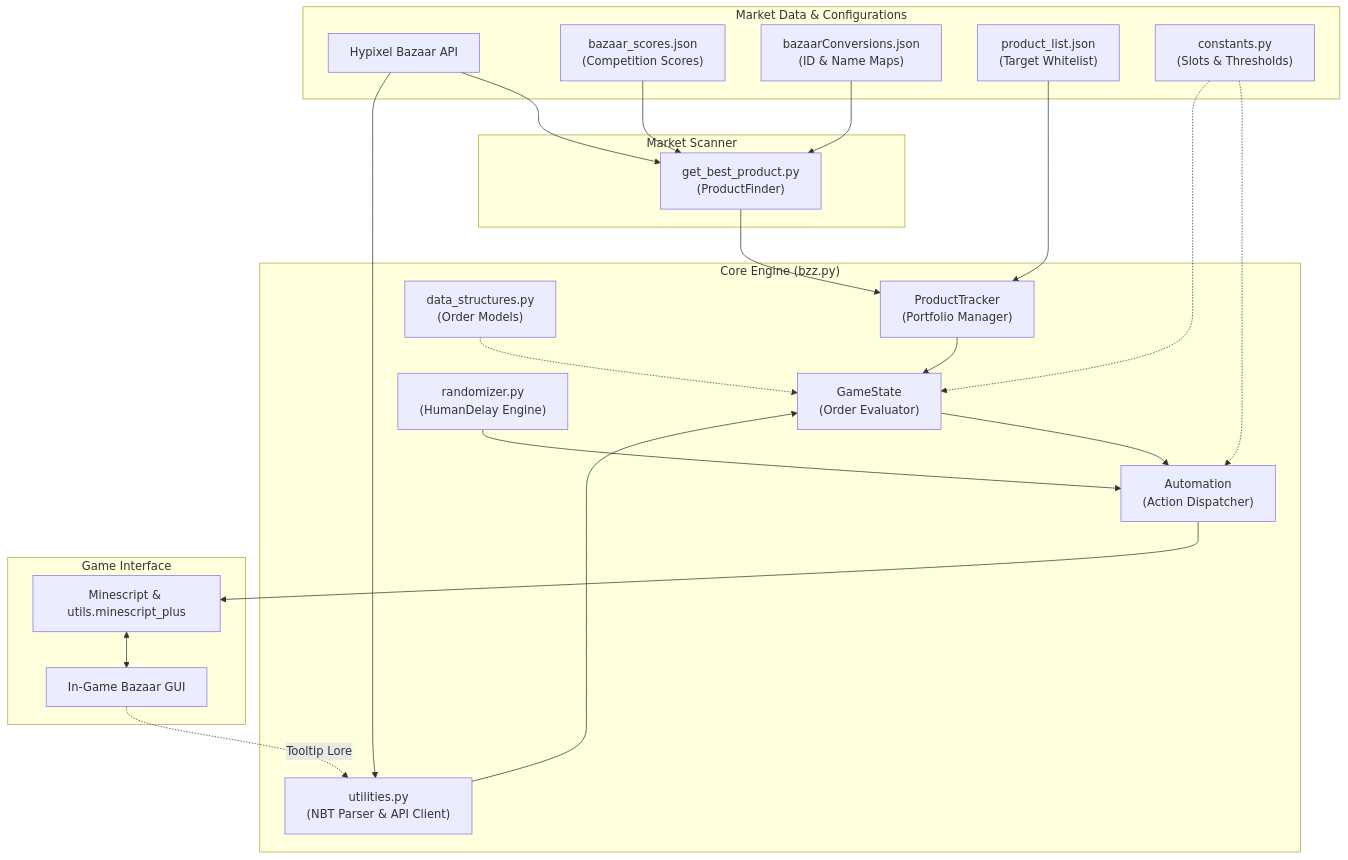
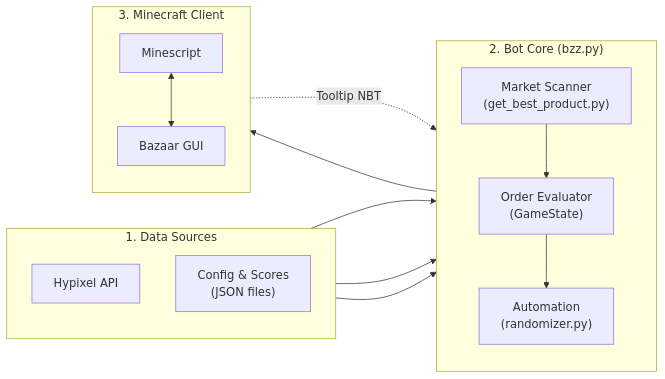
One commit to XieBosco/Hypixel-Skyblock-Bazaar-Flipper changed the diagram in README.md. Above: the diagram before and after it, drawn with Mermaid. The commit also changed other lines of this file, not shown here.

````diff
--- a/README.md
+++ b/README.md
@@ -45,45 +45,29 @@
 ```mermaid
-flowchart TD
-    subgraph Data["Market Data & Configurations"]
-        API["Hypixel Bazaar API"]
-        BS["bazaar_scores.json<br/>(Competition Scores)"]
-        BC["bazaarConversions.json<br/>(ID & Name Maps)"]
-        PL["product_list.json<br/>(Target Whitelist)"]
-        CF["constants.py<br/>(Slots & Thresholds)"]
+flowchart LR
+    subgraph Data["1. Data Sources"]
+        direction TB
+        API["Hypixel API"]
+        CFG["Config & Scores<br/>(JSON files)"]
     end
 
-    subgraph Analytics["Market Scanner"]
-        SCAN["get_best_product.py<br/>(ProductFinder)"]
-        API --> SCAN
-        BS --> SCAN
-        BC --> SCAN
+    subgraph Core["2. Bot Core (bzz.py)"]
+        direction TB
+        SCAN["Market Scanner<br/>(get_best_product.py)"]
+        STATE["Order Evaluator<br/>(GameState)"]
+        AUTO["Automation<br/>(randomizer.py)"]
+        SCAN --> STATE --> AUTO
     end
 
-    subgraph BotCore["Core Engine (bzz.py)"]
-        PT["ProductTracker<br/>(Portfolio Manager)"]
-        GS["GameState<br/>(Order Evaluator)"]
-        AUTO["Automation<br/>(Action Dispatcher)"]
-        RAND["randomizer.py<br/>(HumanDelay Engine)"]
-        UTIL["utilities.py<br/>(NBT Parser & API Client)"]
-        DS["data_structures.py<br/>(Order Models)"]
-
-        SCAN --> PT
-        PL --> PT
-        PT --> GS
-        API --> UTIL --> GS
-        GS --> AUTO
-        RAND --> AUTO
-        CF -.-> AUTO
-        CF -.-> GS
-        DS -.-> GS
+    subgraph Game["3. Minecraft Client"]
+        direction TB
+        MS["Minescript"]
+        GUI["Bazaar GUI"]
+        MS <--> GUI
     end
 
-    subgraph Minecraft["Game Interface"]
-        MS["Minescript & utils.minescript_plus"]
-        GUI["In-Game Bazaar GUI"]
-
-        AUTO --> MS
-        MS <--> GUI
-        GUI -. Tooltip Lore .-> UTIL
-    end
+    API --> SCAN
+    CFG --> SCAN
+    CFG --> STATE
+    AUTO --> MS
+    GUI -. Tooltip NBT .-> STATE
 ```
````
